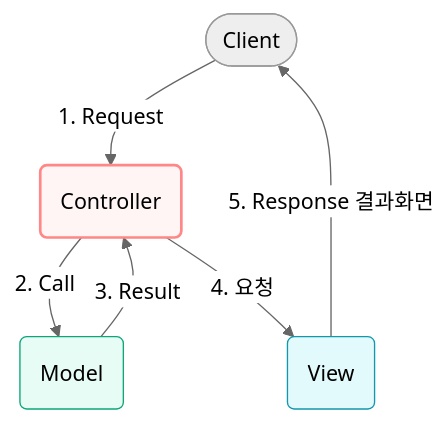
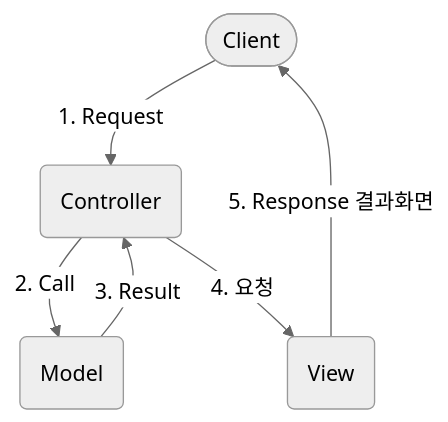
One commit to sungjin-dev/sungjin-dev.github.io changed the ninth of 10 diagrams in _posts/정처기/2026-07-17-eip-modul-study-3.md. Above: the diagram before and after it, drawn with Mermaid (neutral theme).

````diff
--- a/_posts/정처기/2026-07-17-eip-modul-study-3.md
+++ b/_posts/정처기/2026-07-17-eip-modul-study-3.md
@@ -597,12 +597,8 @@
 ```mermaid
 graph TD
     Client([Client]) -->|"1. Request"| Controller(Controller)
     Controller -->|"2. Call"| Model(Model)
     Model -->|"3. Result"| Controller
     Controller -->|"4. 요청"| View(View)
     View -->|"5. Response 결과화면"| Client
-
-    style Controller fill:#fff5f5,stroke:#ff8787,stroke-width:2px
-    style Model fill:#e6fcf5,stroke:#0ca678
-    style View fill:#e3fafc,stroke:#1098ad
 ```
````
